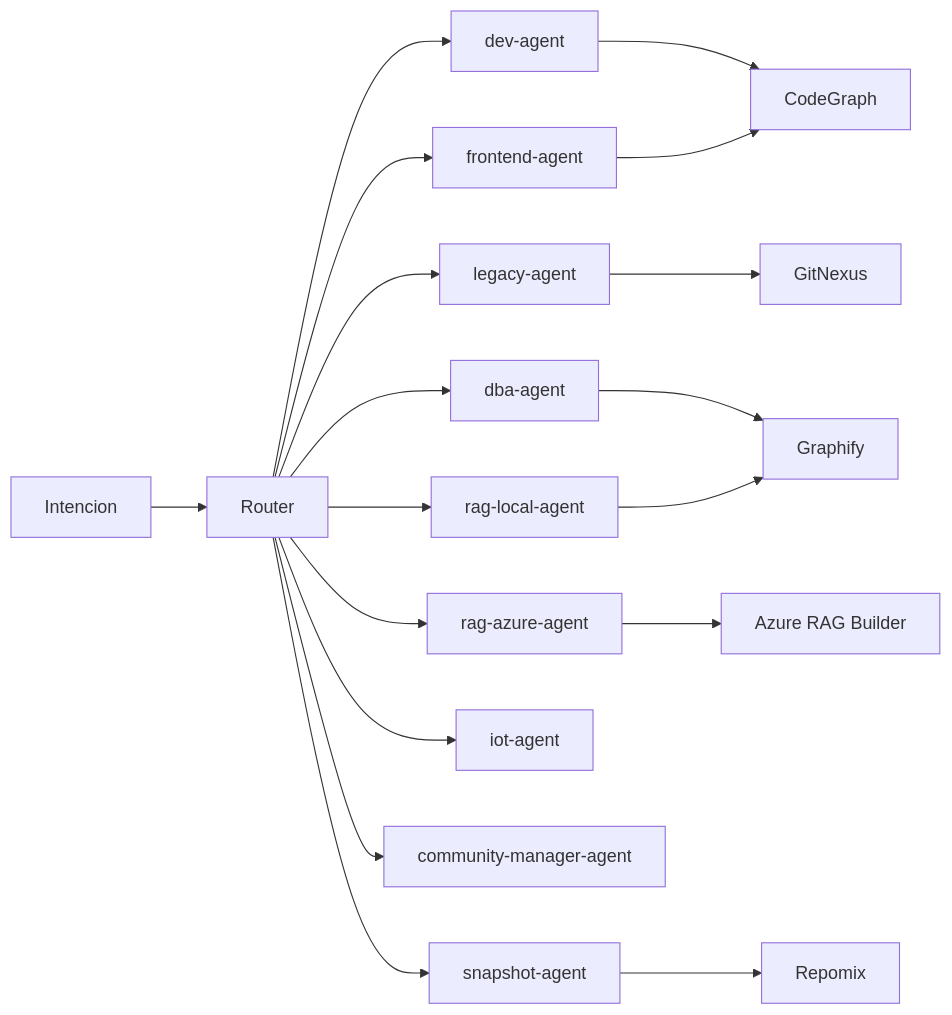
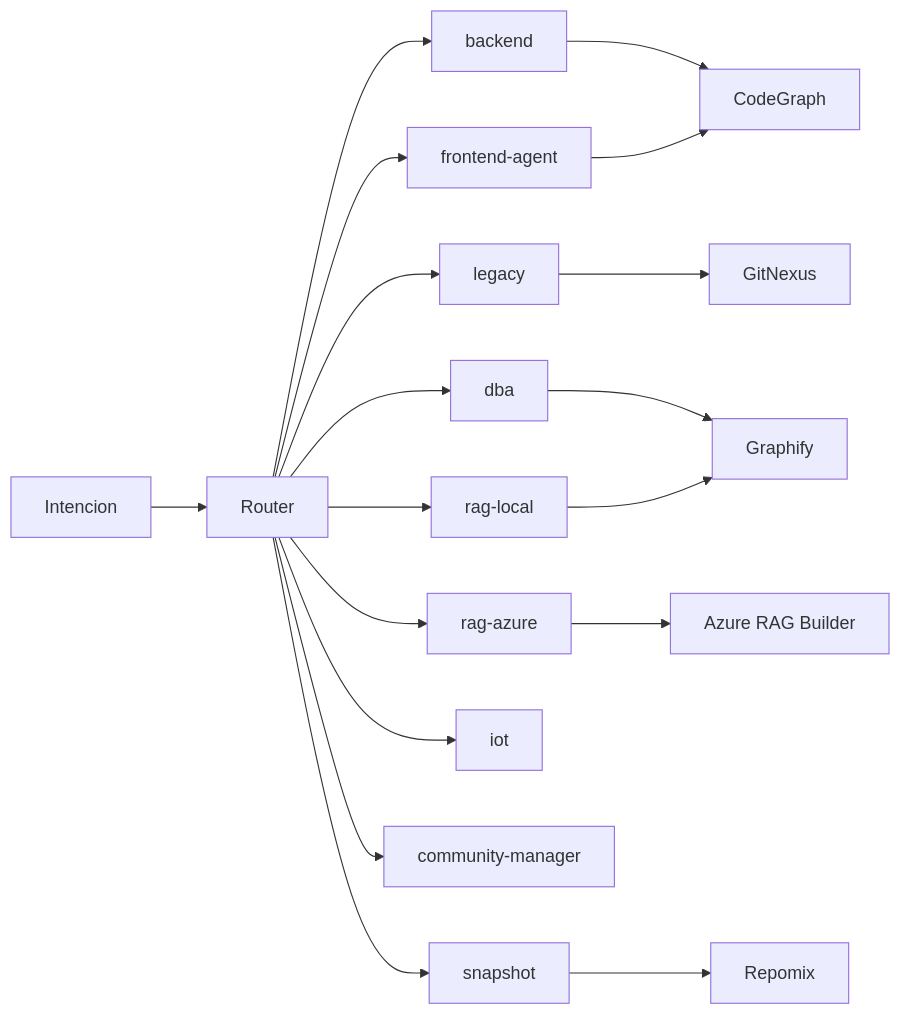
One commit to Sertxito/mcp-efficiency-engine changed the diagram in AGENTS.md. Above: the diagram before and after it, drawn with Mermaid. The commit also changed other lines of this file and 51 other files, not shown here.

````diff
--- a/AGENTS.md
+++ b/AGENTS.md
@@ -82,20 +82,20 @@
 ```mermaid
 flowchart LR
   I[Intencion] --> RT[Router]
-  RT --> DEV[dev-agent]
+  RT --> DEV[backend]
   RT --> FE[frontend-agent]
-  RT --> LEG[legacy-agent]
-  RT --> DBA[dba-agent]
-  RT --> RLOCAL[rag-local-agent]
-  RT --> RAZ[rag-azure-agent]
-  RT --> IOT[iot-agent]
-  RT --> COM[community-manager-agent]
-  RT --> SNAP[snapshot-agent]
+  RT --> LEG[legacy]
+  RT --> DBA[dba]
+  RT --> RLOCAL[rag-local]
+  RT --> RAZ[rag-azure]
+  RT --> IOT[iot]
+  RT --> COM[community-manager]
+  RT --> SNAP[snapshot]
   DEV --> CG[CodeGraph]
   FE --> CG
   LEG --> GN[GitNexus]
   DBA --> GF[Graphify]
   RLOCAL --> GF
   RAZ --> AZRAG[Azure RAG Builder]
   SNAP --> RPX[Repomix]
 ```
````
